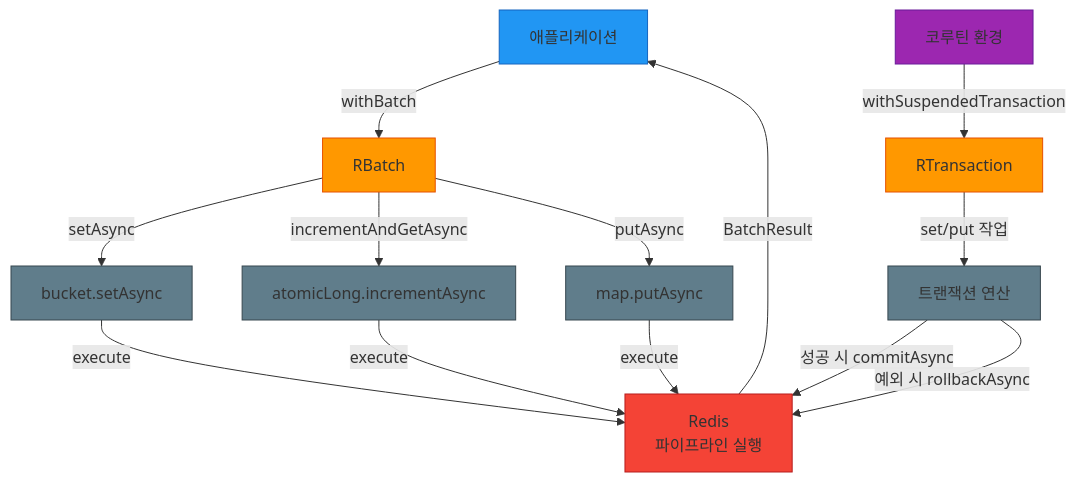
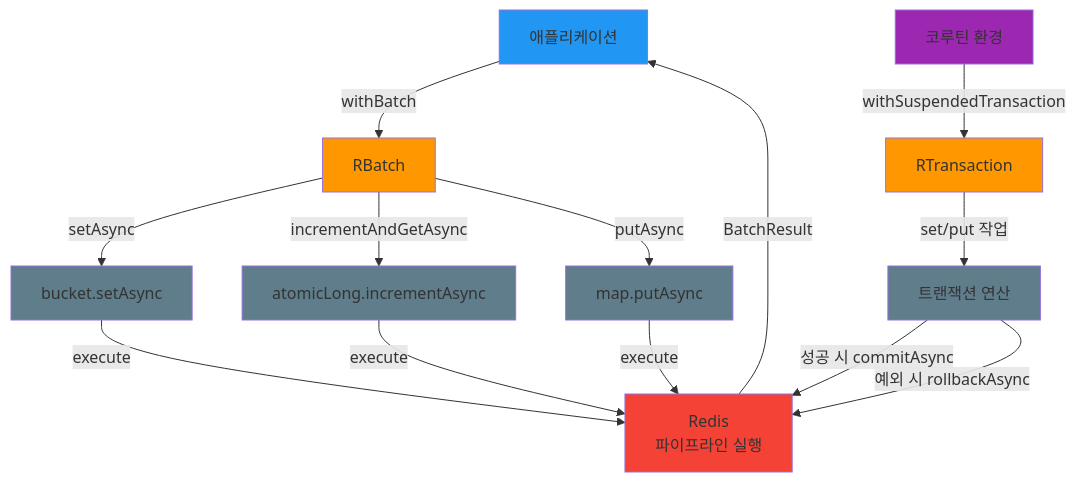
The fourth of 4 diagrams in infra/redisson/README.md (bluetape4k/bluetape4k-projects), drawn with Mermaid before and after one commit. The commit also changed other lines of this file and 94 other files, not shown here.

First line of the commit message:
docs: Mermaid classDef에서 stroke:#색상 제거 (파서 오류 수정)

````diff
--- a/infra/redisson/README.md
+++ b/infra/redisson/README.md
@@ -415,24 +415,24 @@
 ```mermaid
 flowchart TD
     App[애플리케이션] -->|withBatch| Batch[RBatch]
     Batch -->|setAsync| Op1[bucket.setAsync]
     Batch -->|incrementAndGetAsync| Op2[atomicLong.incrementAsync]
     Batch -->|putAsync| Op3[map.putAsync]
     Op1 & Op2 & Op3 -->|execute| Redis[Redis<br/>파이프라인 실행]
     Redis -->|BatchResult| App
 
     App2[코루틴 환경] -->|withSuspendedTransaction| Tx[RTransaction]
     Tx -->|set/put 작업| TxOps[트랜잭션 연산]
     TxOps -->|성공 시 commitAsync| Redis
     TxOps -->|예외 시 rollbackAsync| Redis
 
-    style App fill:#2196F3,stroke:#1565C0
-    style App2 fill:#9C27B0,stroke:#6A1B9A
-    style Redis fill:#F44336,stroke:#B71C1C
-    style Batch fill:#FF9800,stroke:#E65100
-    style Tx fill:#FF9800,stroke:#E65100
-    style Op1 fill:#607D8B,stroke:#37474F
-    style Op2 fill:#607D8B,stroke:#37474F
-    style Op3 fill:#607D8B,stroke:#37474F
-    style TxOps fill:#607D8B,stroke:#37474F
+    style App fill:#2196F3
+    style App2 fill:#9C27B0
+    style Redis fill:#F44336
+    style Batch fill:#FF9800
+    style Tx fill:#FF9800
+    style Op1 fill:#607D8B
+    style Op2 fill:#607D8B
+    style Op3 fill:#607D8B
+    style TxOps fill:#607D8B
 ```
````
